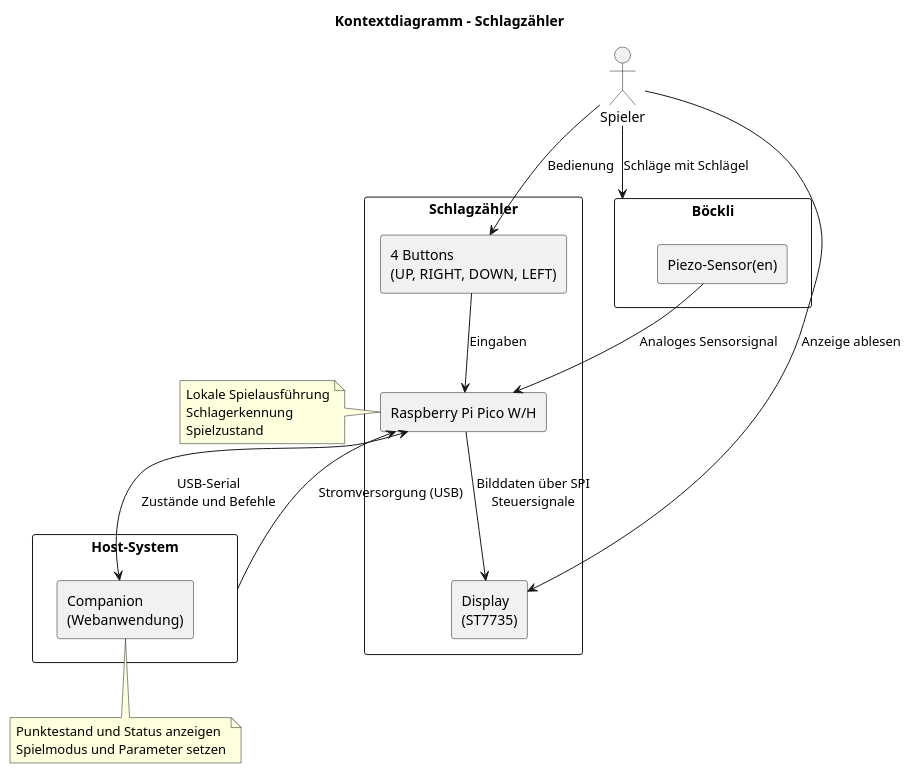
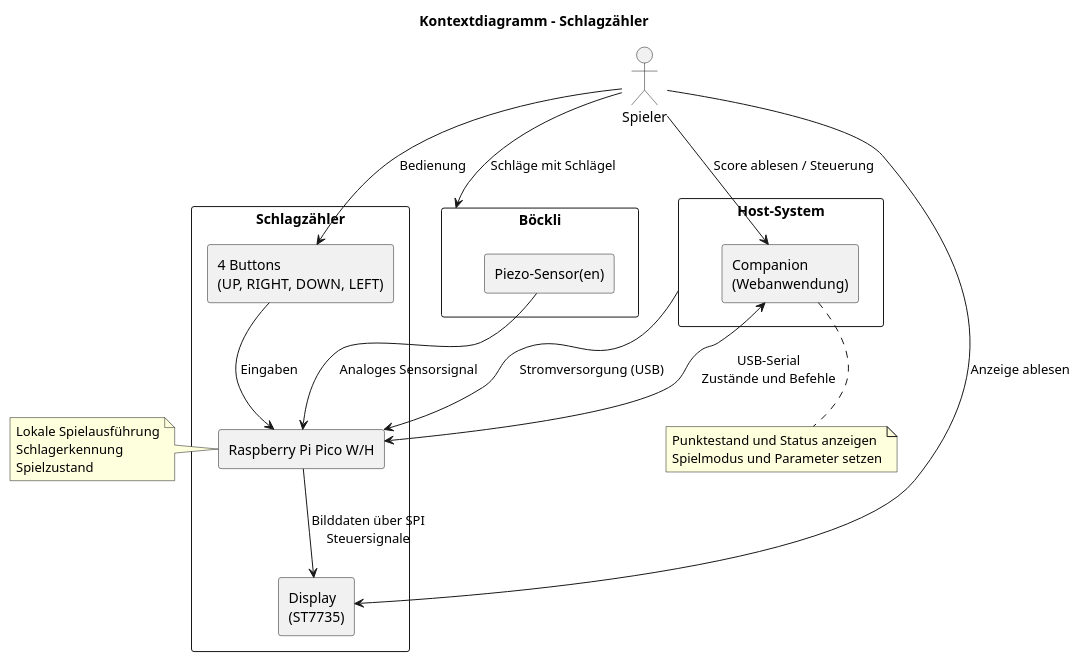
One commit to rafaelurben/raspberry-pi-pico-schlagzaehler changed the diagram in docs/diagrams/context_diagram.puml. Above: the diagram before and after it, drawn with PlantUML.

Commit message:
fix(diagrams): add missing connection in context diagram

```diff
--- a/docs/diagrams/context_diagram.puml
+++ b/docs/diagrams/context_diagram.puml
@@ -1,45 +1,46 @@
 @startuml
 title Kontextdiagramm – Schlagzähler
 
 skinparam componentStyle rectangle
 skinparam shadowing false
 
 actor "Spieler" as player
 
 rectangle "Schlagzähler" {
     component "Raspberry Pi Pico W/H" as pico
     component "Display\n(ST7735)" as display
     component "4 Buttons\n(UP, RIGHT, DOWN, LEFT)" as buttons
 }
 
 rectangle "Böckli" as boeckli {
     component "Piezo-Sensor(en)" as piezo
 }
 
 rectangle "Host-System" as host {
     component "Companion\n(Webanwendung)" as companion
 }
 
 player --> buttons : Bedienung
 player --> display : Anzeige ablesen
 player --> boeckli : Schläge mit Schlägel
+player --> companion : Score ablesen / Steuerung
 
 buttons --> pico : Eingaben
 piezo --> pico : Analoges Sensorsignal
 pico --> display : Bilddaten über SPI\nSteuersignale
 pico <--> companion : USB-Serial\nZustände und Befehle
 
 host --> pico : Stromversorgung (USB)
 
 note left of pico
   Lokale Spielausführung
   Schlagerkennung
   Spielzustand
 end note
 
 note bottom of companion
   Punktestand und Status anzeigen
   Spielmodus und Parameter setzen
 end note
 
 @enduml
```
